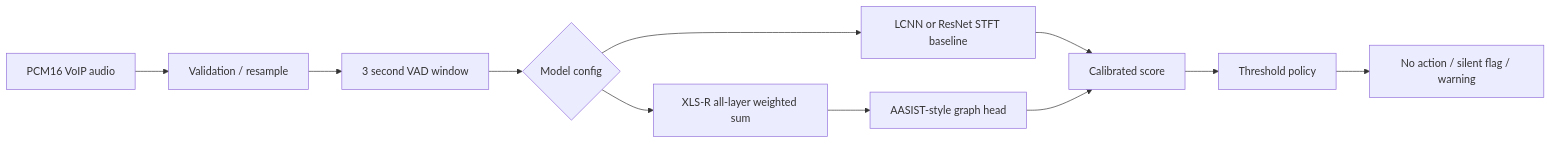
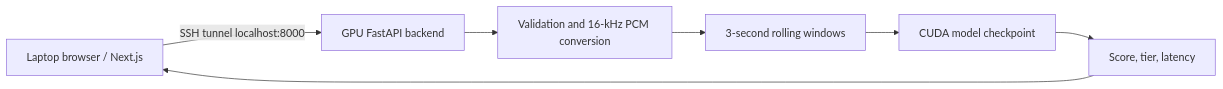
Before and after one commit to 404brainnnn/AI-POWER-VOICE-DETECTION: the diagram in README.md, drawn with Mermaid. The commit also changed other lines of this file and 1 other file, not shown here.

````diff
--- a/README.md
+++ b/README.md
@@ -41,13 +9,9 @@
 ```mermaid
 flowchart LR
-  A[PCM16 VoIP audio] --> B[Validation / resample]
-  B --> C[3 second VAD window]
-  C --> D{Model config}
-  D --> E[LCNN or ResNet STFT baseline]
-  D --> F[XLS-R all-layer weighted sum]
-  F --> G[AASIST-style graph head]
-  E --> H[Calibrated score]
-  G --> H
-  H --> I[Threshold policy]
-  I --> J[No action / silent flag / warning]
+  L[Laptop browser / Next.js] -->|SSH tunnel localhost:8000| G[GPU FastAPI backend]
+  G --> V[Validation and 16-kHz PCM conversion]
+  V --> W[3-second rolling windows]
+  W --> M[CUDA model checkpoint]
+  M --> R[Score, tier, latency]
+  R --> L
 ```
````
